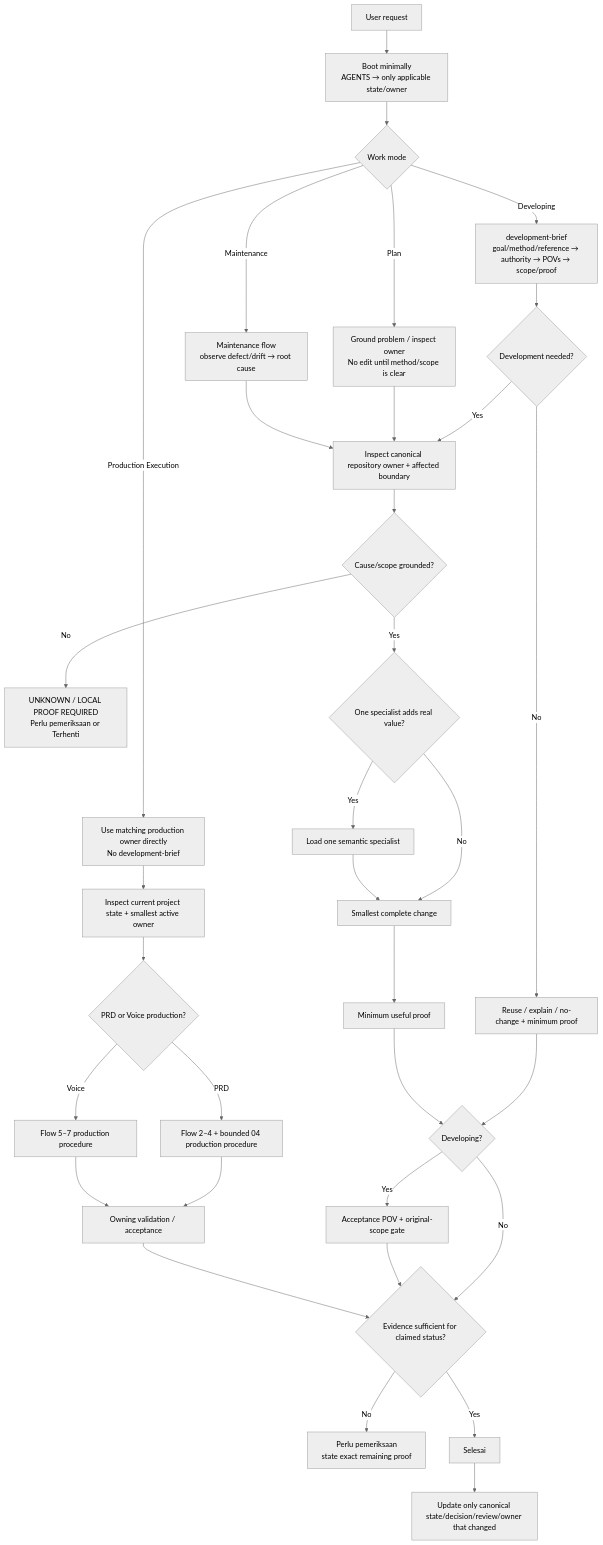
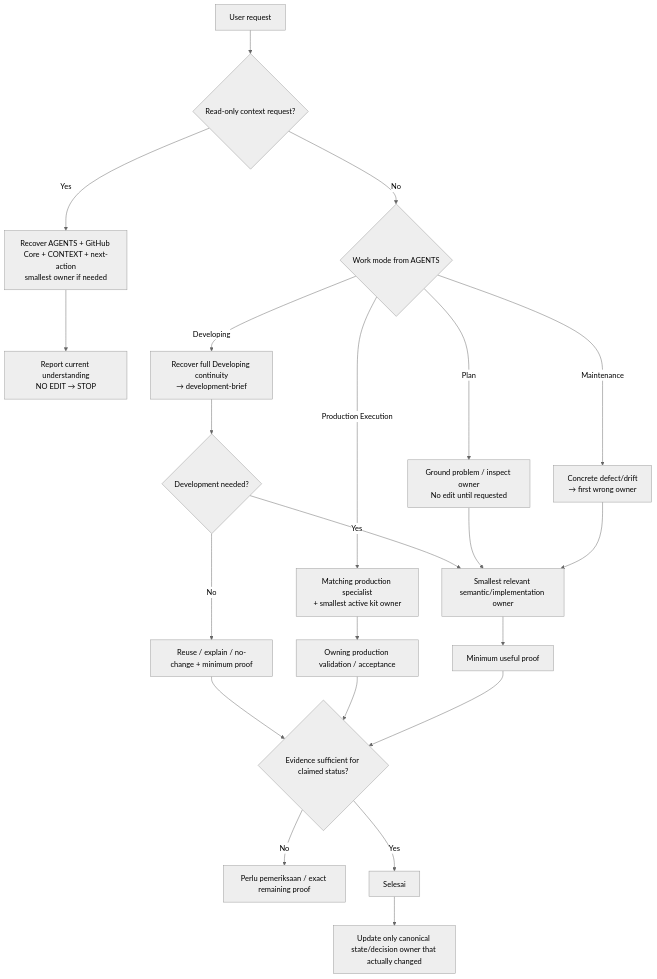
The diagram in docs/knowledge/work-routing.md (halokaryamedia-source/PRD-Creator), drawn with Mermaid (neutral theme) before and after one commit. The commit also changed other lines of this file and 22 other files, not shown here.

````diff
--- a/docs/knowledge/work-routing.md
+++ b/docs/knowledge/work-routing.md
@@ -9,42 +9,27 @@
 ```mermaid
 flowchart TD
-    A[User request] --> B[Boot minimally<br/>AGENTS → only applicable state/owner]
-    B --> C{Work mode}
+    A[User request] --> B{Read-only context request?}
+    B -->|Yes| O[Recover AGENTS + GitHub Core + CONTEXT + next-action<br/>smallest owner if needed]
+    O --> OR[Report current understanding<br/>NO EDIT → STOP]
+    B -->|No| C{Work mode from AGENTS}
 
-    C -->|Plan| P[Ground problem / inspect owner<br/>No edit until method/scope is clear]
-    C -->|Production Execution| PE[Use matching production owner directly<br/>No development-brief]
-    C -->|Developing| D[development-brief<br/>goal/method/reference → authority → POVs → scope/proof]
-    C -->|Maintenance| M[Maintenance flow<br/>observe defect/drift → root cause]
+    C -->|Plan| P[Ground problem / inspect owner<br/>No edit until requested]
+    C -->|Production Execution| PE[Matching production specialist<br/>+ smallest active kit owner]
+    C -->|Developing| D[Recover full Developing continuity<br/>→ development-brief]
+    C -->|Maintenance| M[Concrete defect/drift<br/>→ first wrong owner]
 
-    PE --> I[Inspect current project state + smallest active owner]
     D --> N{Development needed?}
-    N -- No --> NC[Reuse / explain / no-change + minimum proof]
-    N -- Yes --> I2[Inspect canonical repository owner + affected boundary]
-    P --> I2
-    M --> I2
+    N -->|No| NC[Reuse / explain / no-change + minimum proof]
+    N -->|Yes| I[Smallest relevant semantic/implementation owner]
+    P --> I
+    M --> I
 
-    I --> PRD{PRD or Voice production?}
-    PRD -->|PRD| PP[Flow 2–4 + bounded 04 production procedure]
-    PRD -->|Voice| VP[Flow 5–7 production procedure]
-
-    I2 --> K{Cause/scope grounded?}
-    K -- No --> X[UNKNOWN / LOCAL PROOF REQUIRED<br/>Perlu pemeriksaan or Terhenti]
-    K -- Yes --> S{One specialist adds real value?}
-    S -- Yes --> SP[Load one semantic specialist]
-    S -- No --> CH[Smallest complete change]
-    SP --> CH
-
-    PP --> V[Owning validation / acceptance]
-    VP --> V
-    CH --> V2[Minimum useful proof]
-    NC --> G
-    V2 --> G{Developing?}
-    G -- Yes --> AP[Acceptance POV + original-scope gate]
-    G -- No --> F{Evidence sufficient for claimed status?}
-    AP --> F
-
-    V --> F
-    F -- No --> PR[Perlu pemeriksaan<br/>state exact remaining proof]
-    F -- Yes --> OK[Selesai]
-    OK --> U[Update only canonical state/decision/review/owner that changed]
+    PE --> V[Owning production validation / acceptance]
+    I --> V2[Minimum useful proof]
+    NC --> F
+    V --> F{Evidence sufficient for claimed status?}
+    V2 --> F
+    F -->|No| R[Perlu pemeriksaan / exact remaining proof]
+    F -->|Yes| S[Selesai]
+    S --> U[Update only canonical state/decision owner that actually changed]
 ```
````
